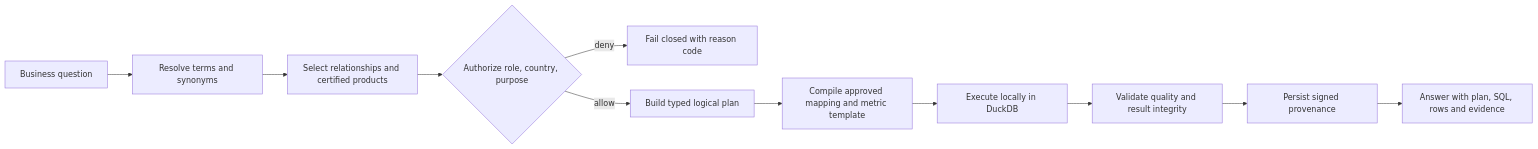
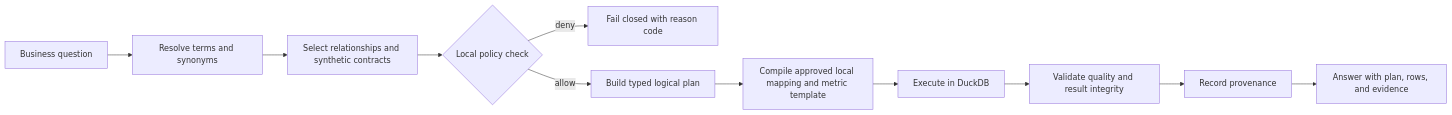
Before and after one commit to Sugumaran-Balasubramaniyan/enterprise-agentic-semantic-layer: the third of 3 diagrams in docs/architecture.md, drawn with Mermaid. The commit also changed other lines of this file and 19 other files, not shown here.

````diff
--- a/docs/architecture.md
+++ b/docs/architecture.md
@@ -36,13 +59,13 @@
 ```mermaid
 flowchart LR
     Q[Business question] --> R[Resolve terms and synonyms]
-    R --> S[Select relationships and certified products]
-    S --> Z{Authorize role, country, purpose}
+    R --> M[Select relationships and synthetic contracts]
+    M --> Z{Local policy check}
     Z -- deny --> N[Fail closed with reason code]
     Z -- allow --> P[Build typed logical plan]
-    P --> K[Compile approved mapping and metric template]
-    K --> X[Execute locally in DuckDB]
+    P --> K[Compile approved local mapping and metric template]
+    K --> X[Execute in DuckDB]
     X --> V[Validate quality and result integrity]
-    V --> T[Persist signed provenance]
-    T --> O[Answer with plan, SQL, rows and evidence]
+    V --> T[Record provenance]
+    T --> O[Answer with plan, rows, and evidence]
 ```
````
